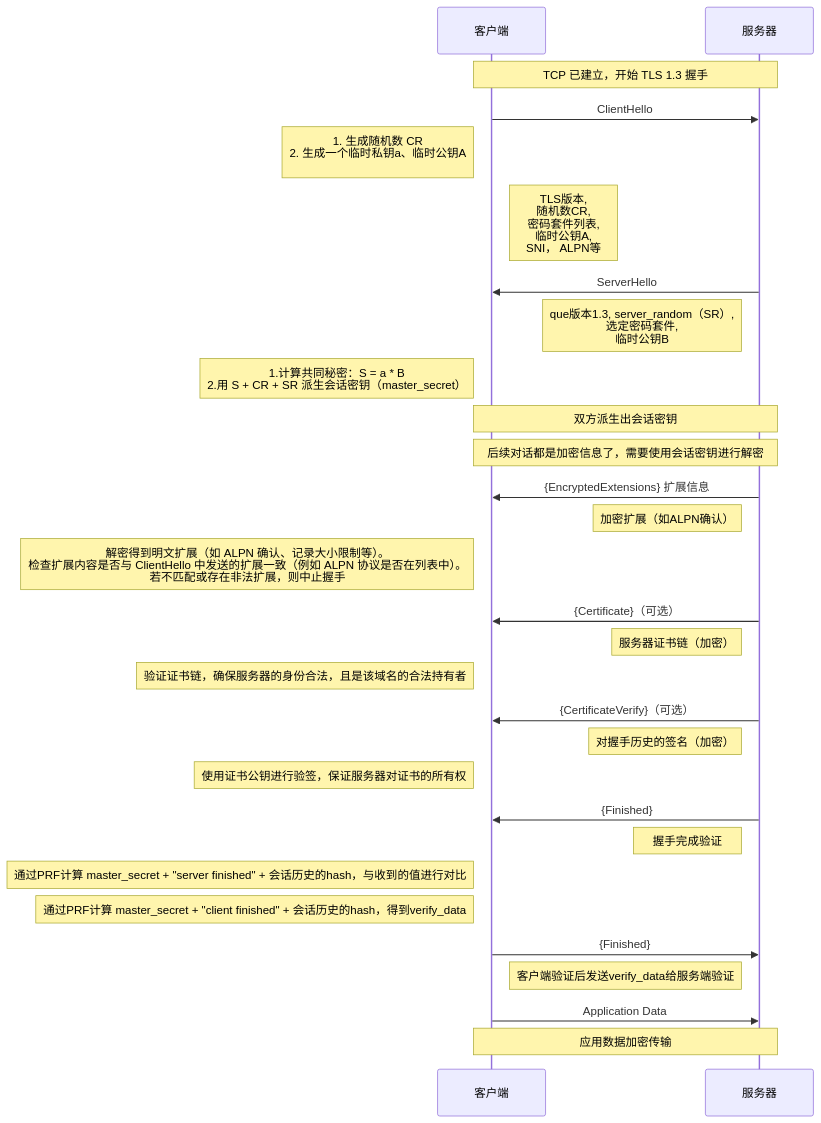
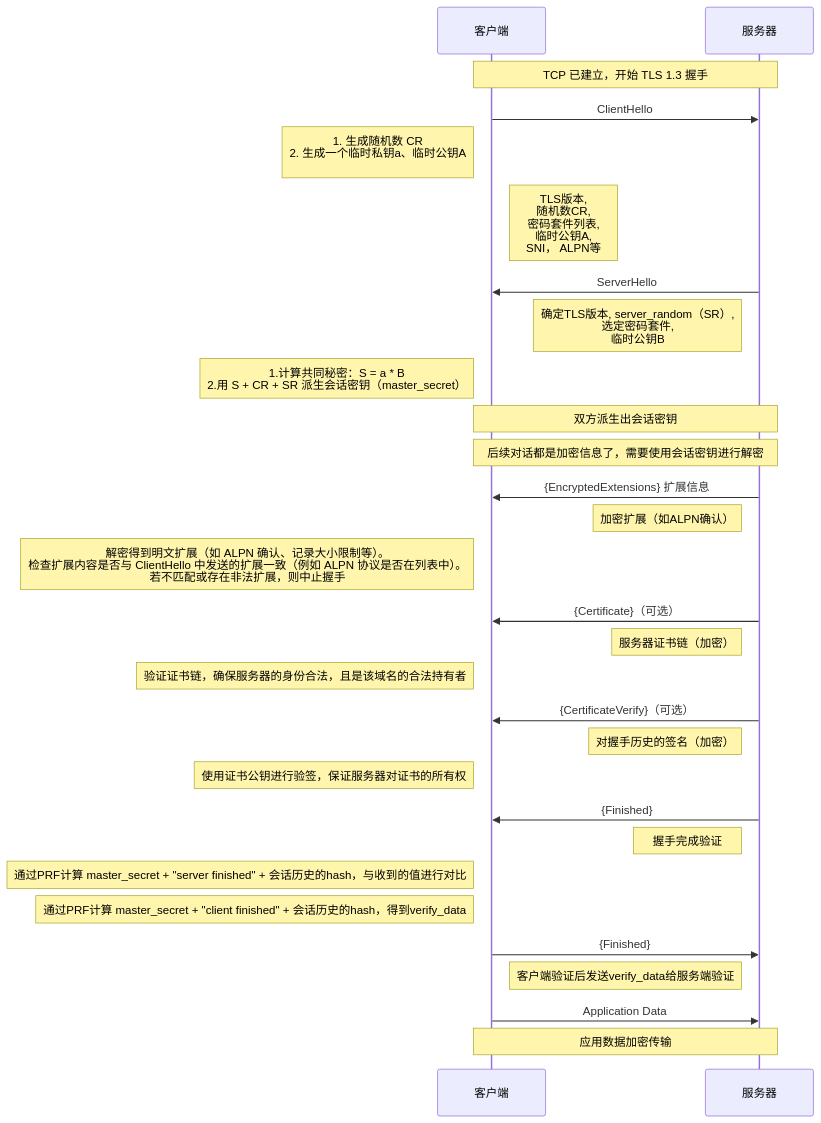
Before and after one commit to HY-10-8/iodraw-files: the diagram in all/TLS-1.3-通用.md, drawn with Mermaid.

Commit message:
2026-03-31 09:31:36 update

````diff
--- a/all/TLS-1.3-通用.md
+++ b/all/TLS-1.3-通用.md
@@ -1,41 +1,41 @@
 ```mermaid
 sequenceDiagram
     participant C as 客户端
     participant S as 服务器
 
     Note over C,S: TCP 已建立，开始 TLS 1.3 握手
 
     C->>S: ClientHello
     Note left of C: 1. 生成随机数 CR<br/> 2. 生成一个临时私钥a、临时公钥A<br/>
     Note right of C: TLS版本,<br/> 随机数CR,<br/> 密码套件列表,<br/> 临时公钥A,<br/> SNI， ALPN等
 
     S->>C: ServerHello
-    Note left of S: que版本1.3, server_random（SR）,<br/> 选定密码套件, <br/>临时公钥B
+    Note left of S: 确定TLS版本, server_random（SR）,<br/> 选定密码套件, <br/>临时公钥B
     Note left of C: 1.计算共同秘密：S = a * B<br/> 2.用 S + CR + SR 派生会话密钥（master_secret）
 
     Note over C,S: 双方派生出会话密钥
     Note over C,S: 后续对话都是加密信息了，需要使用会话密钥进行解密
 
     S->>C: {EncryptedExtensions} 扩展信息
     Note left of S: 加密扩展（如ALPN确认）
     Note left of C: 解密得到明文扩展（如 ALPN 确认、记录大小限制等）。<br/>检查扩展内容是否与 ClientHello 中发送的扩展一致（例如 ALPN 协议是否在列表中）。<br/> 若不匹配或存在非法扩展，则中止握手
 
     S->>C: {Certificate}（可选）
     Note left of S: 服务器证书链（加密）
     Note left of C: 验证证书链，确保服务器的身份合法，且是该域名的合法持有者
 
     S->>C: {CertificateVerify}（可选）
     Note left of S: 对握手历史的签名（加密）
     Note left of C: 使用证书公钥进行验签，保证服务器对证书的所有权
 
     S->>C: {Finished}
     Note left of S: 握手完成验证
     Note left of C: 通过PRF计算 master_secret + "server finished" + 会话历史的hash，与收到的值进行对比
     Note left of C: 通过PRF计算 master_secret + "client finished" + 会话历史的hash，得到verify_data
 
     C->>S: {Finished}
     Note right of C: 客户端验证后发送verify_data给服务端验证
 
     C->>S: Application Data
     Note over C,S: 应用数据加密传输
 ```
````
